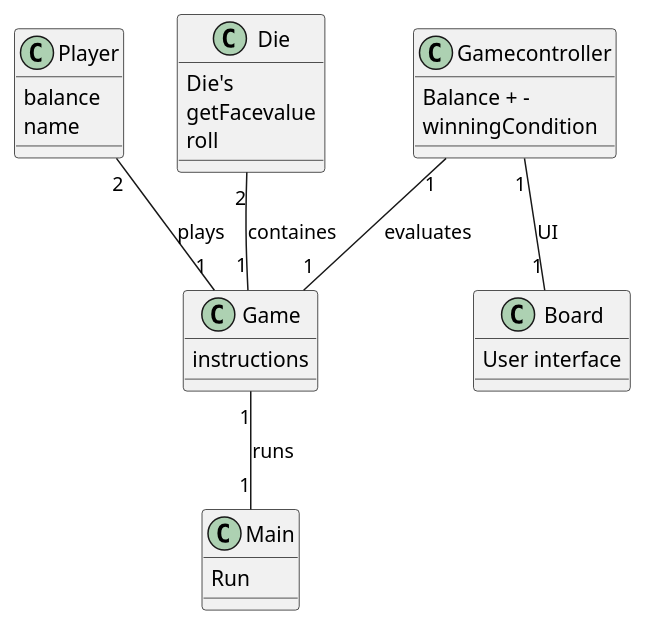
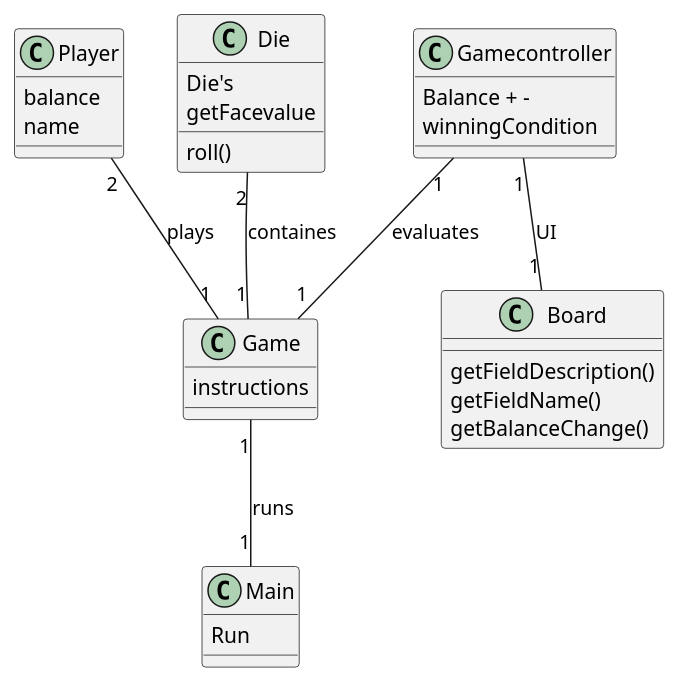
The diagram in models/Design.puml (fmerlung/G05_del2), drawn with PlantUML before and after one commit.

Commit message:
changes to design

```diff
--- a/models/Design.puml
+++ b/models/Design.puml
@@ -1,35 +1,37 @@
 @startuml
 'https://plantuml.com/class-diagram
 
 class Player{
 balance
 name
 }
 class Gamecontroller{
 Balance + -
 winningCondition
 }
 class Game{
 instructions
 }
 class Die{
 Die's
 getFacevalue
-roll
+roll()
 }
 class Board{
-User interface
+getFieldDescription()
+getFieldName()
+getBalanceChange()
 }
 class Main{
 Run
 }
 
 Die "2"--"1" Game : containes
 Gamecontroller "1"--"1" Game : evaluates
 Gamecontroller "1"--"1" Board : UI
 Game "1"--"1" Main : runs
 Player "2"--"1" Game : plays
 
 
 
 @enduml
```
